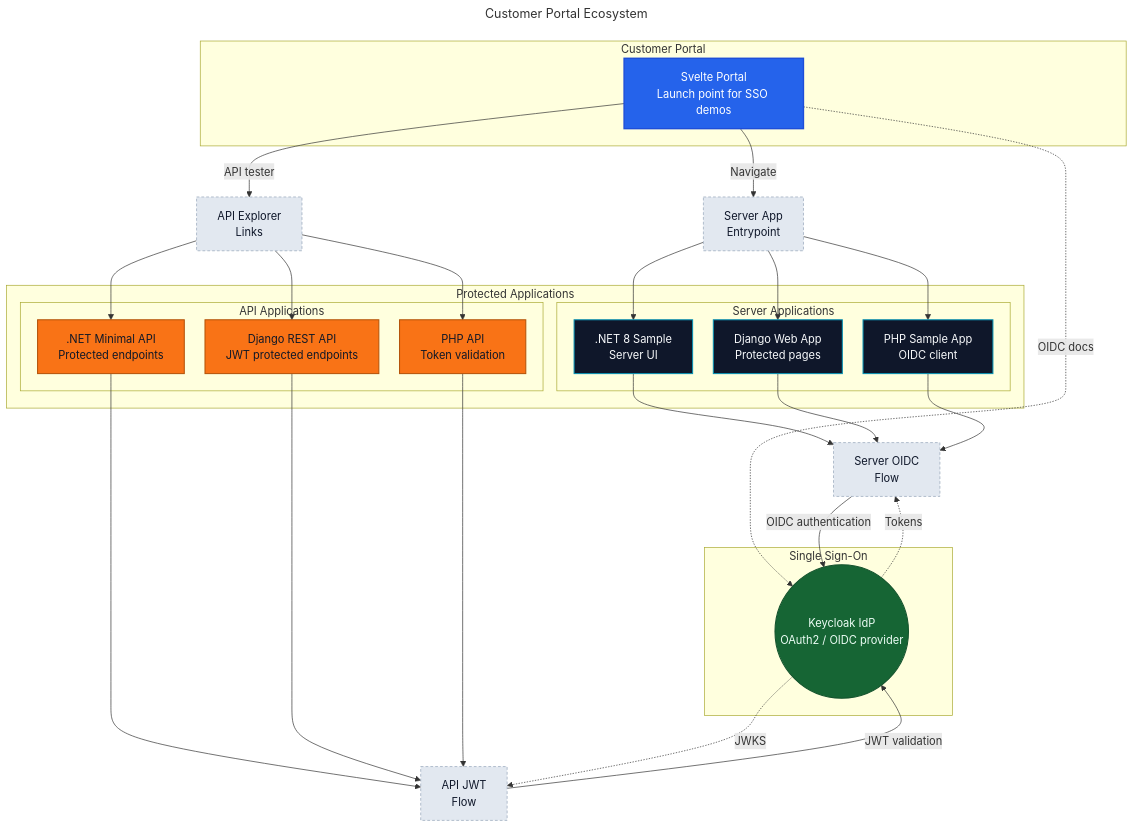
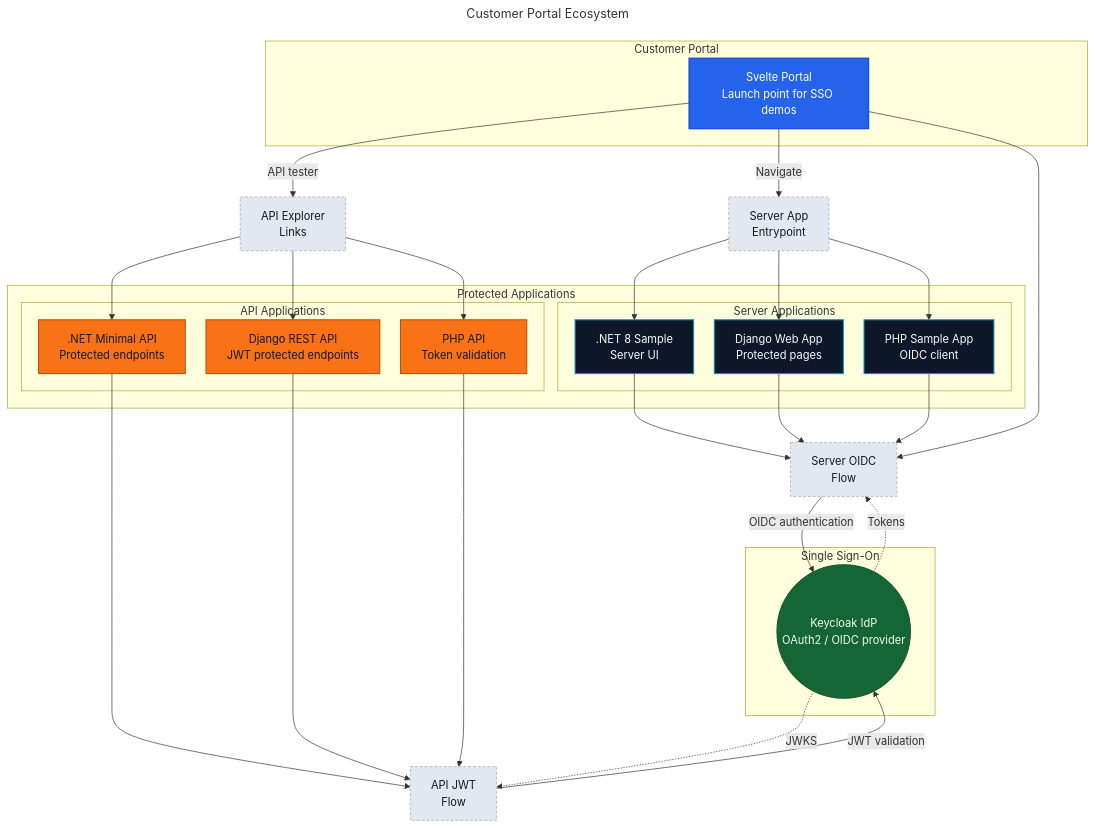
The diagram in project-relationships.mmd (AthipornP/sample-docker-image), drawn with Mermaid before and after one commit. The commit also changed 1 other file, not shown here.

Commit message:
feat: Add examples for OIDC authentication flow in App.svelte

```diff
--- a/project-relationships.mmd
+++ b/project-relationships.mmd
@@ -1,69 +1,70 @@
 ---
 title: Customer Portal Ecosystem
 ---
 %%{init: {'flowchart': {'nodeSpacing': 30,'rankSpacing': 50}}}%%
 flowchart TB
     %% Style definitions
     classDef portal fill:#2563eb,color:#ffffff,stroke:#1d4ed8,stroke-width:2px
     classDef auth fill:#166534,color:#ecfdf5,stroke:#14532d,stroke-width:1.5px
     classDef server fill:#0f172a,color:#f8fafc,stroke:#0891b2,stroke-width:1.5px
     classDef api fill:#f97316,color:#111827,stroke:#b45309,stroke-width:1.5px
     classDef hub fill:#e2e8f0,color:#0f172a,stroke:#94a3b8,stroke-dasharray:4 3,stroke-width:1px
 
     subgraph Portal[Customer Portal]
         P0["Svelte Portal<br/>Launch point for SSO demos"]
     end
     class P0 portal
 
     subgraph Identity[Single Sign-On]
         KC((Keycloak IdP<br/>OAuth2 / OIDC provider))
     end
     class KC auth
 
     subgraph Services[Protected Applications]
 
     
         subgraph ServerApps[Server Applications]
             N1[".NET 8 Sample<br/>Server UI"]
             D1["Django Web App<br/>Protected pages"]
             P1["PHP Sample App<br/>OIDC client"]
         end
         class D1,N1,P1 server
 
         subgraph ApiApps[API Applications]
             N2[".NET Minimal API<br/>Protected endpoints"]
             D2["Django REST API<br/>JWT protected endpoints"]
             P2["PHP API<br/>Token validation"]
         end
         class N2,D2,P2 api
 
     end
 
     SrvHub["Server App<br/>Entrypoint"]
     ApiHub["API Explorer<br/>Links"]
     SrvOIDC["Server OIDC<br/>Flow"]
     ApiOIDC["API JWT<br/>Flow"]
     class SrvHub,ApiHub,SrvOIDC,ApiOIDC hub
 
     %% Portal launches apps
     P0 -->|"Navigate"| SrvHub
     P0 -->|"API tester"| ApiHub
-    P0 -.->|"OIDC docs"| KC
+    %% P0 -.->|"OIDC docs"| KC
     SrvHub --> N1
     SrvHub --> D1
     SrvHub --> P1
     ApiHub --> N2
     ApiHub --> D2
     ApiHub --> P2
 
     %% OIDC flows
     N1 --> SrvOIDC
     D1 --> SrvOIDC
     P1 --> SrvOIDC
+    P0 --> SrvOIDC
     SrvOIDC -->|"OIDC authentication"| KC
     KC -.->|"Tokens"| SrvOIDC
     N2 --> ApiOIDC
     D2 --> ApiOIDC
     P2 --> ApiOIDC
     ApiOIDC -->|"JWT validation"| KC
     KC -.->|"JWKS"| ApiOIDC
```
